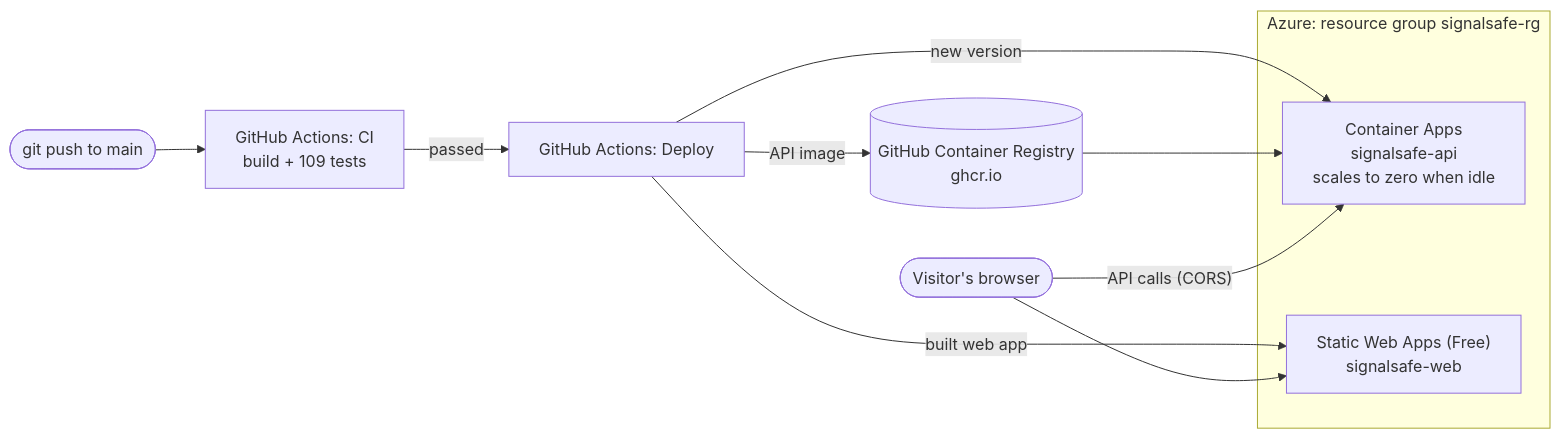
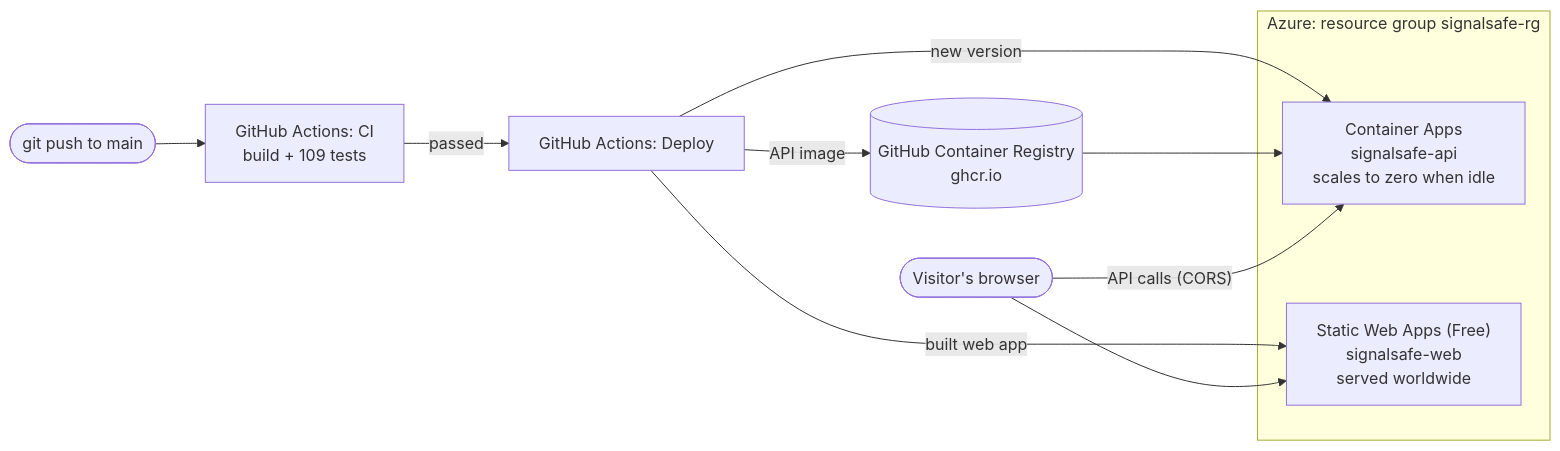
The diagram in docs/DEPLOYMENT.md (velam-varsha/signalsafe), drawn with Mermaid before and after one commit. The commit also changed other lines of this file and 1 other file, not shown here.

Commit message:
Setup script: try several Static Web Apps regions
West Europe was not accepting new free-trial customers. The script now tries
eastus2, centralus, westus2, eastasia and westeurope in turn.

````diff
--- a/docs/DEPLOYMENT.md
+++ b/docs/DEPLOYMENT.md
@@ -7,15 +7,15 @@
 ```mermaid
 flowchart LR
     dev(["git push to main"]) --> ci["GitHub Actions: CI<br/>build + 109 tests"]
     ci -- "passed" --> deploy["GitHub Actions: Deploy"]
     deploy -- "API image" --> ghcr[("GitHub Container Registry<br/>ghcr.io")]
     deploy -- "new version" --> aca
     deploy -- "built web app" --> swa
     ghcr --> aca
     subgraph azure["Azure: resource group signalsafe-rg"]
         aca["Container Apps<br/>signalsafe-api<br/>scales to zero when idle"]
-        swa["Static Web Apps (Free)<br/>signalsafe-web"]
+        swa["Static Web Apps (Free)<br/>signalsafe-web<br/>served worldwide"]
     end
     visitor(["Visitor's browser"]) --> swa
     visitor -- "API calls (CORS)" --> aca
 ```
````
